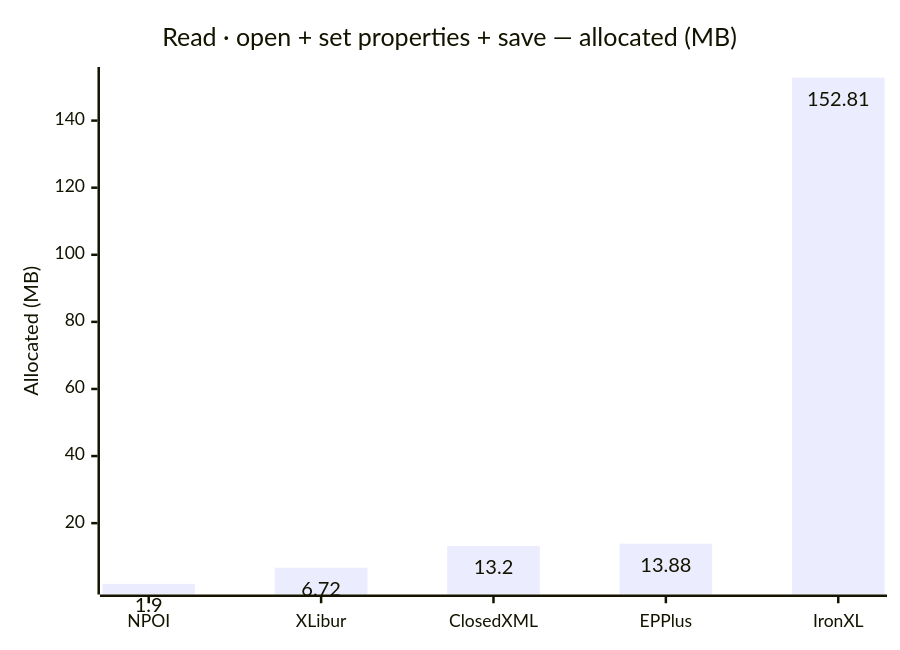
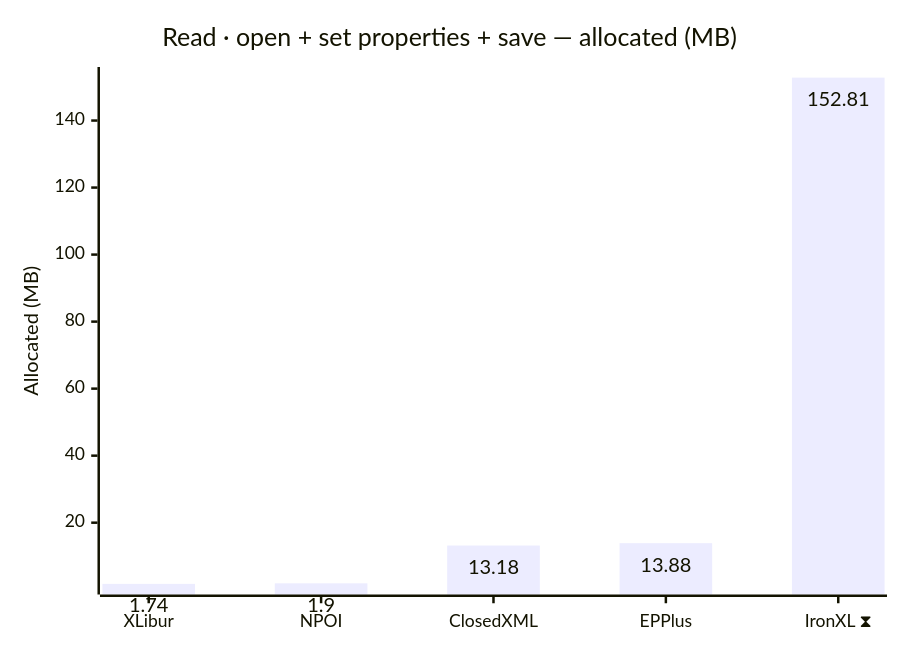
The second of 12 diagrams in docs/results.md (jafin/XLBench), drawn with Mermaid before and after one commit. The commit also changed other lines of this file and 3 other files, not shown here.

````diff
--- a/docs/results.md
+++ b/docs/results.md
@@ -48,12 +52,12 @@
 ```mermaid
 ---
 config:
   xyChart:
     showDataLabel: true
 ---
 xychart-beta
     title "Read · open + set properties + save — allocated (MB)"
-    x-axis ["NPOI", "XLibur", "ClosedXML", "EPPlus", "IronXL"]
+    x-axis ["XLibur", "NPOI", "ClosedXML", "EPPlus", "IronXL ⧗"]
     y-axis "Allocated (MB)"
-    bar [1.9, 6.72, 13.2, 13.88, 152.81]
+    bar [1.74, 1.9, 13.18, 13.88, 152.81]
 ```
````
